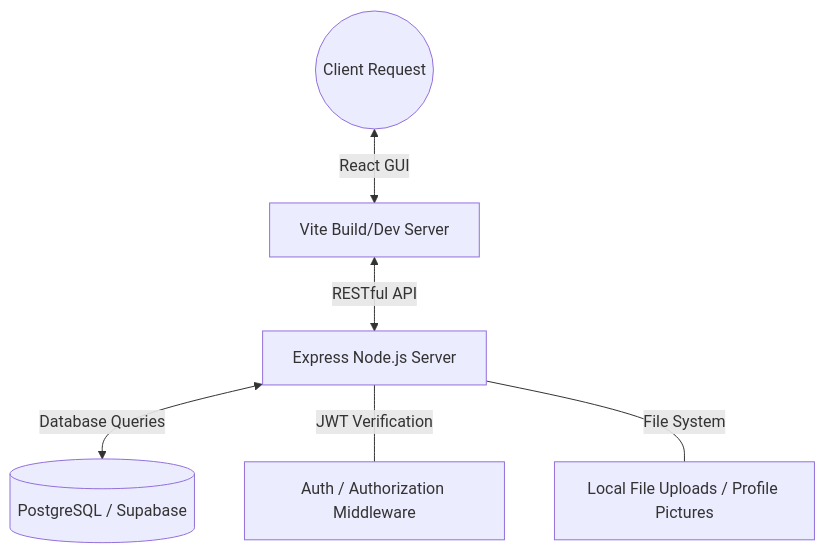
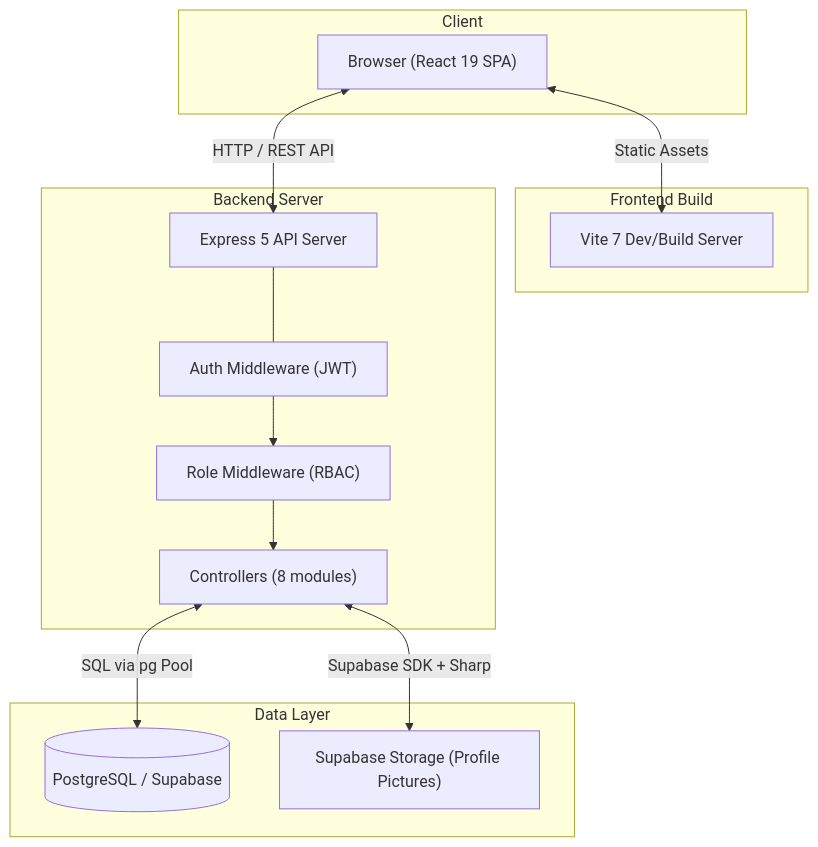
The diagram in README.md (Gamesunch/RegisSPHERE), drawn with Mermaid before and after one commit. The commit also changed other lines of this file and 1 other file, not shown here.

````diff
--- a/README.md
+++ b/README.md
@@ -44,8 +73,28 @@
 ```mermaid
 graph TD
-    User((Client Request)) <-->|React GUI| Vite[Vite Build/Dev Server]
-    Vite <-->|RESTful API | Express[Express Node.js Server]
-    Express <-->|Database Queries| PG[(PostgreSQL / Supabase)]
-    Express ---|JWT Verification| Middleware[Auth / Authorization Middleware]
-    Express ---|File System| Multer[Local File Uploads / Profile Pictures]
+    subgraph Client
+        Browser["Browser (React 19 SPA)"]
+    end
+
+    subgraph Frontend Build
+        Vite["Vite 7 Dev/Build Server"]
+    end
+
+    subgraph Backend Server
+        Express["Express 5 API Server"]
+        AuthMW["Auth Middleware (JWT)"]
+        RoleMW["Role Middleware (RBAC)"]
+        Controllers["Controllers (8 modules)"]
+    end
+
+    subgraph Data Layer
+        PG[(PostgreSQL / Supabase)]
+        Storage["Supabase Storage (Profile Pictures)"]
+    end
+
+    Browser <-->|HTTP / REST API| Express
+    Browser <-->|Static Assets| Vite
+    Express --- AuthMW --> RoleMW --> Controllers
+    Controllers <-->|SQL via pg Pool| PG
+    Controllers <-->|Supabase SDK + Sharp| Storage
 ```
````
